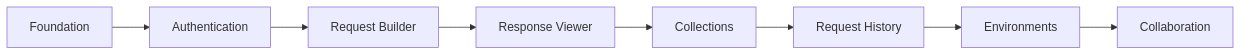
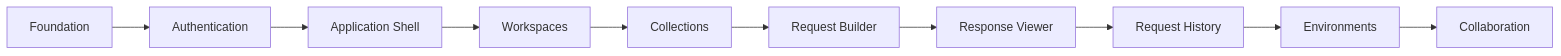
One commit to MishraRoushankumar/hermes changed the sixth of 6 diagrams in README.md. Above: the diagram before and after it, drawn with Mermaid. The commit also changed other lines of this file and 15 other files, not shown here.

````diff
--- a/README.md
+++ b/README.md
@@ -435,19 +487,23 @@
 ```mermaid
 flowchart LR
     Foundation["Foundation"]
     Auth["Authentication"]
+    Header["Application Shell"]
+    Workspace["Workspaces"]
+    Collections["Collections"]
     Requests["Request Builder"]
     Response["Response Viewer"]
-    Collections["Collections"]
     History["Request History"]
     Environments["Environments"]
     Collaboration["Collaboration"]
 
     Foundation --> Auth
-    Auth --> Requests
+    Auth --> Header
+    Header --> Workspace
+    Workspace --> Collections
+    Collections --> Requests
     Requests --> Response
-    Response --> Collections
-    Collections --> History
+    Response --> History
     History --> Environments
     Environments --> Collaboration
 ```
````
